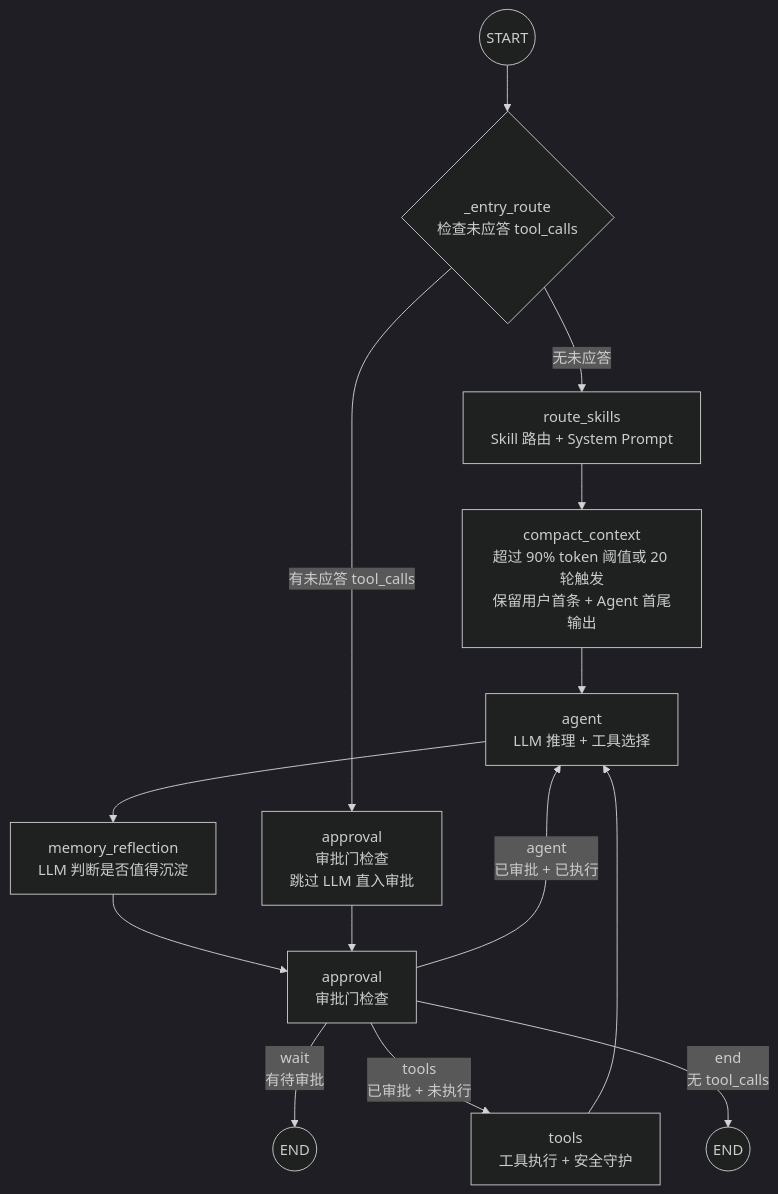
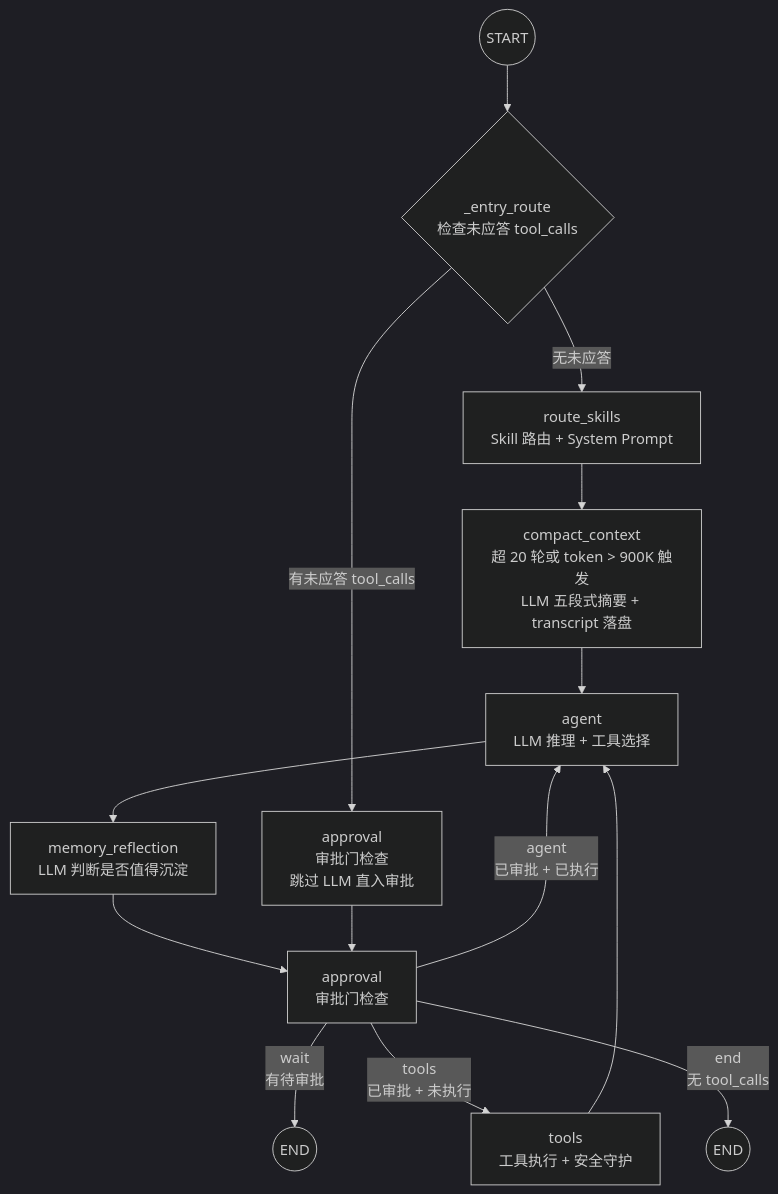
One commit to YachuanWzh/huamulan-agent changed the second of 10 diagrams in 技术方案报告.md. Above: the diagram before and after it, drawn with Mermaid (dark theme). The commit also changed other lines of this file, not shown here.

First line of the commit message:
feat(context): 优化上下文压缩策略并完善压缩流程说明

````diff
--- a/技术方案报告.md
+++ b/技术方案报告.md
@@ -270,20 +270,20 @@
 ```mermaid
 flowchart TD
     START((START)) --> ER{_entry_route<br/>检查未应答 tool_calls}
 
     ER -->|"无未应答"| RS[route_skills<br/>Skill 路由 + System Prompt]
     ER -->|"有未应答 tool_calls"| AP[approval<br/>审批门检查<br/>跳过 LLM 直入审批]
 
-    RS --> CC[compact_context<br/>超过 90% token 阈值或 20 轮触发<br/>保留用户首条 + Agent 首尾输出]
+    RS --> CC[compact_context<br/>超 20 轮或 token > 900K 触发<br/>LLM 五段式摘要 + transcript 落盘]
     CC --> AG[agent<br/>LLM 推理 + 工具选择]
     AG --> MR[memory_reflection<br/>LLM 判断是否值得沉淀]
     MR --> AP2[approval<br/>审批门检查]
 
     AP --> AP2
     AP2 -->|"wait<br/>有待审批"| WAIT((END))
     AP2 -->|"tools<br/>已审批 + 未执行"| TL[tools<br/>工具执行 + 安全守护]
     AP2 -->|"agent<br/>已审批 + 已执行"| AG
     AP2 -->|"end<br/>无 tool_calls"| ENDP((END))
 
     TL --> AG
 ```
````
